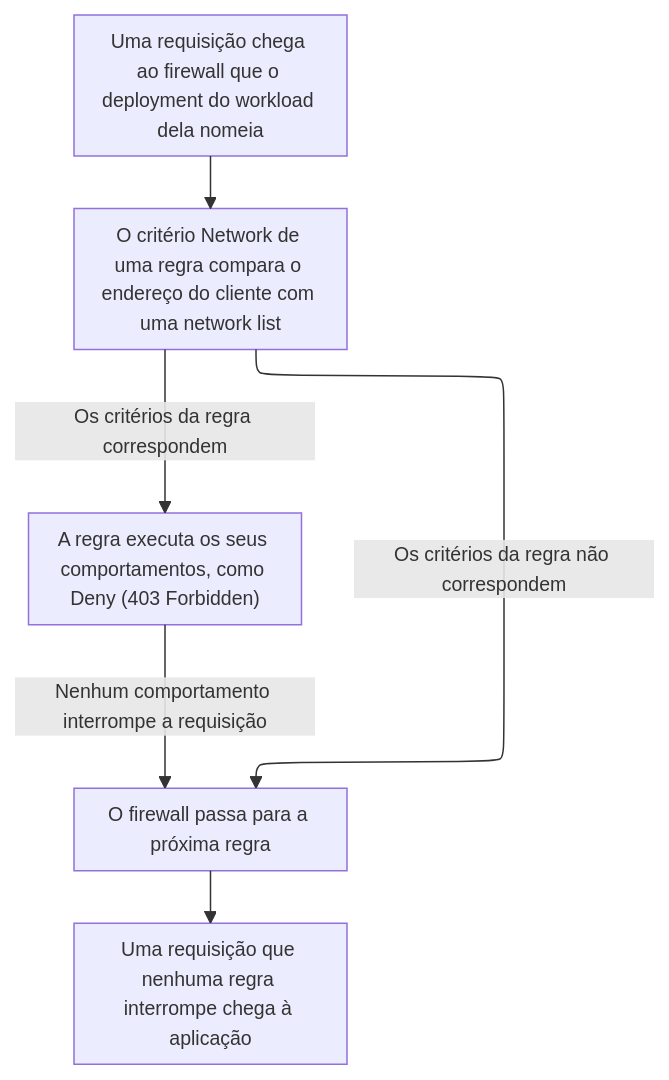
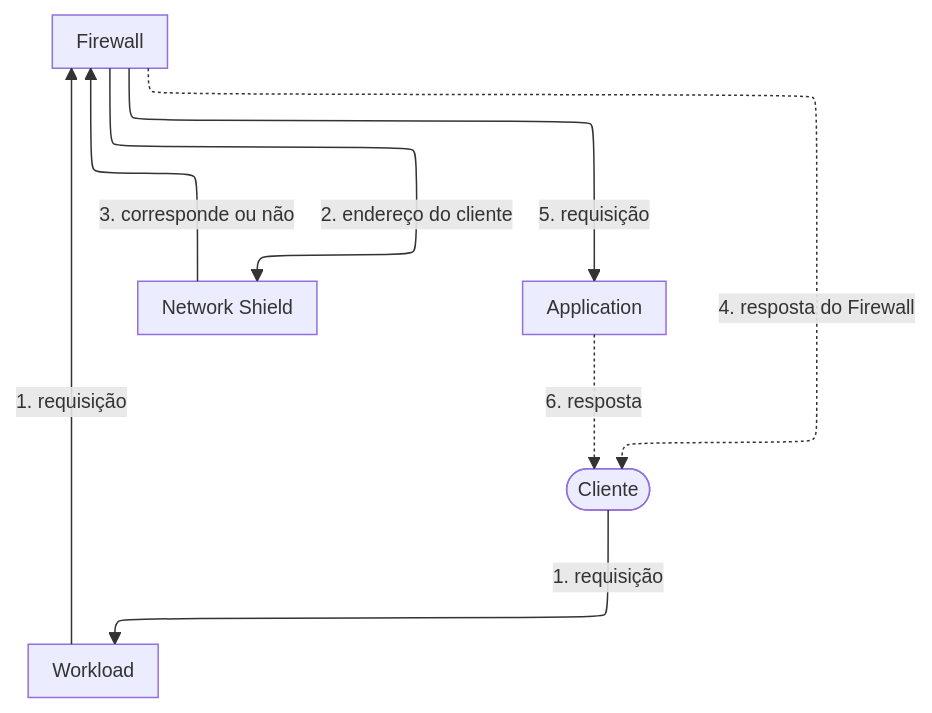
One commit to aziontech/docs changed the diagram in apps/docs/src/content/docs/pt-br/pages/secure/network-shield/visao-geral.mdx. Above: the diagram before and after it, drawn with Mermaid. The commit also changed other lines of this file and 233 other files, not shown here.

````diff
--- a/apps/docs/src/content/docs/pt-br/pages/secure/network-shield/visao-geral.mdx
+++ b/apps/docs/src/content/docs/pt-br/pages/secure/network-shield/visao-geral.mdx
@@ -47,9 +30,16 @@
 ```mermaid
-%%{init: {"layout": "elk", "themeVariables": {"fontSize": "13px"}, "flowchart": {"nodeSpacing": 24, "rankSpacing": 36, "padding": 8, "wrappingWidth": 150, "useMaxWidth": true}, "sequence": {"width": 120, "actorMargin": 30, "useMaxWidth": true}}}%%
+%%{init: {"layout": "elk", "elk": {"cycleBreakingStrategy": "MODEL_ORDER"}, "themeVariables": {"fontSize": "13px"}, "flowchart": {"nodeSpacing": 24, "rankSpacing": 36, "padding": 8, "wrappingWidth": 150, "useMaxWidth": true}, "sequence": {"width": 120, "actorMargin": 30, "useMaxWidth": true}}}%%
 flowchart TD
-  Request["Uma requisição chega ao firewall que o deployment do workload dela nomeia"] --> Network["O critério Network de uma regra compara o endereço do cliente com uma network list"]
-  Network -->|"Os critérios da regra correspondem"| Behavior["A regra executa os seus comportamentos, como Deny (403 Forbidden)"]
-  Network -->|"Os critérios da regra não correspondem"| Next["O firewall passa para a próxima regra"]
-  Behavior -->|"Nenhum comportamento interrompe a requisição"| Next
-  Next --> App["Uma requisição que nenhuma regra interrompe chega à aplicação"]
+  Client(["Cliente"])
+  WL["Workload"]
+  FW["Firewall"]
+  NS["Network Shield"]
+  App["Application"]
+  Client -->|"1. requisição"| WL
+  WL -->|"1. requisição"| FW
+  FW -->|"2. endereço do cliente"| NS
+  NS -->|"3. corresponde ou não"| FW
+  FW -.->|"4. resposta do Firewall"| Client
+  FW -->|"5. requisição"| App
+  App -.->|"6. resposta"| Client
 ```
````
